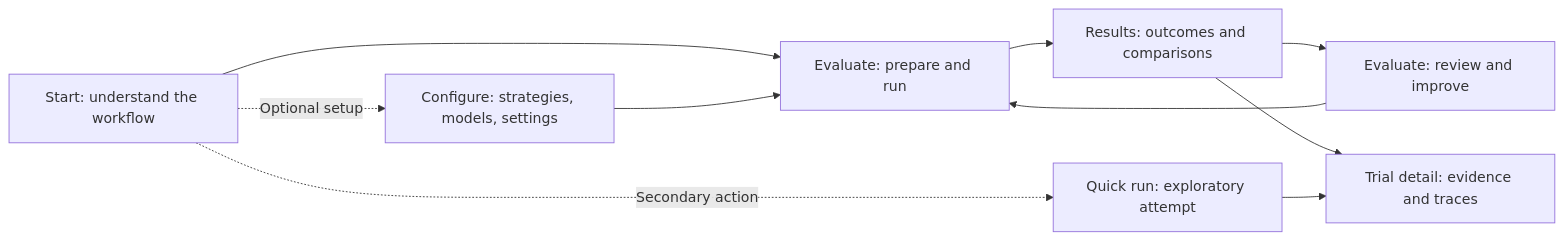
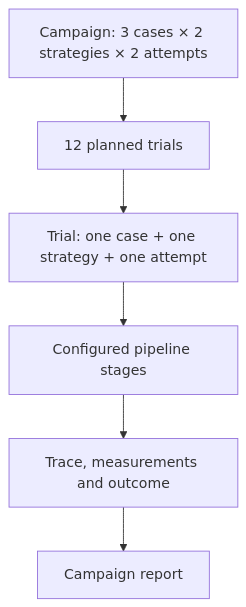
The second of 3 diagrams in docs/product/user-journey.md (niksacdev/rove), drawn with Mermaid before and after one commit. The commit also changed other lines of this file and 58 other files, not shown here.

First line of the commit message:
Restore ROVE pipeline execution and strategy comparisons (#22)

````diff
--- a/docs/product/user-journey.md
+++ b/docs/product/user-journey.md
@@ -24,12 +148,8 @@
 ```mermaid
-flowchart LR
-    Start["Start: understand the workflow"] --> Evaluate["Evaluate: prepare and run"]
-    Evaluate --> Results["Results: outcomes and comparisons"]
-    Results --> Review["Evaluate: review and improve"]
-    Review --> Evaluate
-    Results --> Trials["Trial detail: evidence and traces"]
-    Start -. Optional setup .-> Configure["Configure: strategies, models, settings"]
-    Configure --> Evaluate
-    Start -. Secondary action .-> Quick["Quick run: exploratory attempt"]
-    Quick --> Trials
+flowchart TD
+    C["Campaign: 3 cases × 2 strategies × 2 attempts"] --> T["12 planned trials"]
+    T --> A["Trial: one case + one strategy + one attempt"]
+    A --> P["Configured pipeline stages"]
+    P --> E["Trace, measurements and outcome"]
+    E --> R["Campaign report"]
 ```
````
